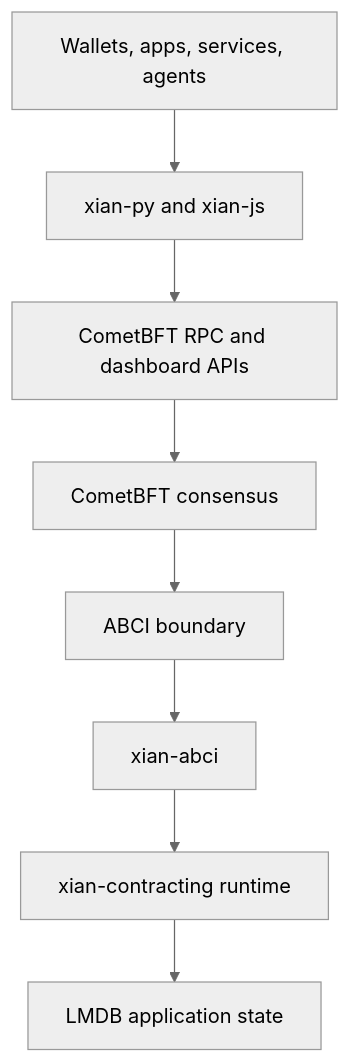
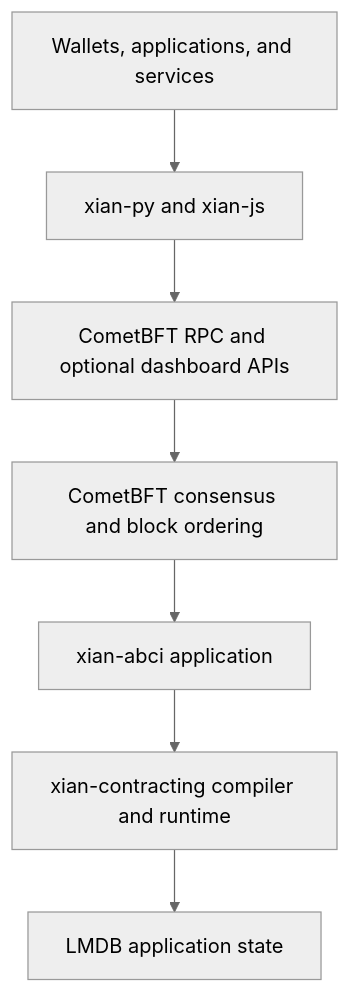
Before and after one commit to xian-technology/xian-docs-web: the diagram in introduction/architecture-overview.md, drawn with Mermaid (neutral theme). The commit also changed other lines of this file and 77 other files, not shown here.

````diff
--- a/introduction/architecture-overview.md
+++ b/introduction/architecture-overview.md
@@ -172,19 +9,17 @@
 ```mermaid
 flowchart TD
-  Apps["Wallets, apps, services, agents"]
+  Apps["Wallets, applications, and services"]
   SDKs["xian-py and xian-js"]
-  APIs["CometBFT RPC and dashboard APIs"]
-  Comet["CometBFT consensus"]
-  Boundary["ABCI boundary"]
-  ABCI["xian-abci"]
-  Runtime["xian-contracting runtime"]
+  RPC["CometBFT RPC and optional dashboard APIs"]
+  Comet["CometBFT consensus and block ordering"]
+  ABCI["xian-abci application"]
+  Runtime["xian-contracting compiler and runtime"]
   State["LMDB application state"]
 
   Apps --> SDKs
-  SDKs --> APIs
-  APIs --> Comet
-  Comet --> Boundary
-  Boundary --> ABCI
+  SDKs --> RPC
+  RPC --> Comet
+  Comet --> ABCI
   ABCI --> Runtime
   Runtime --> State
 ```
````
